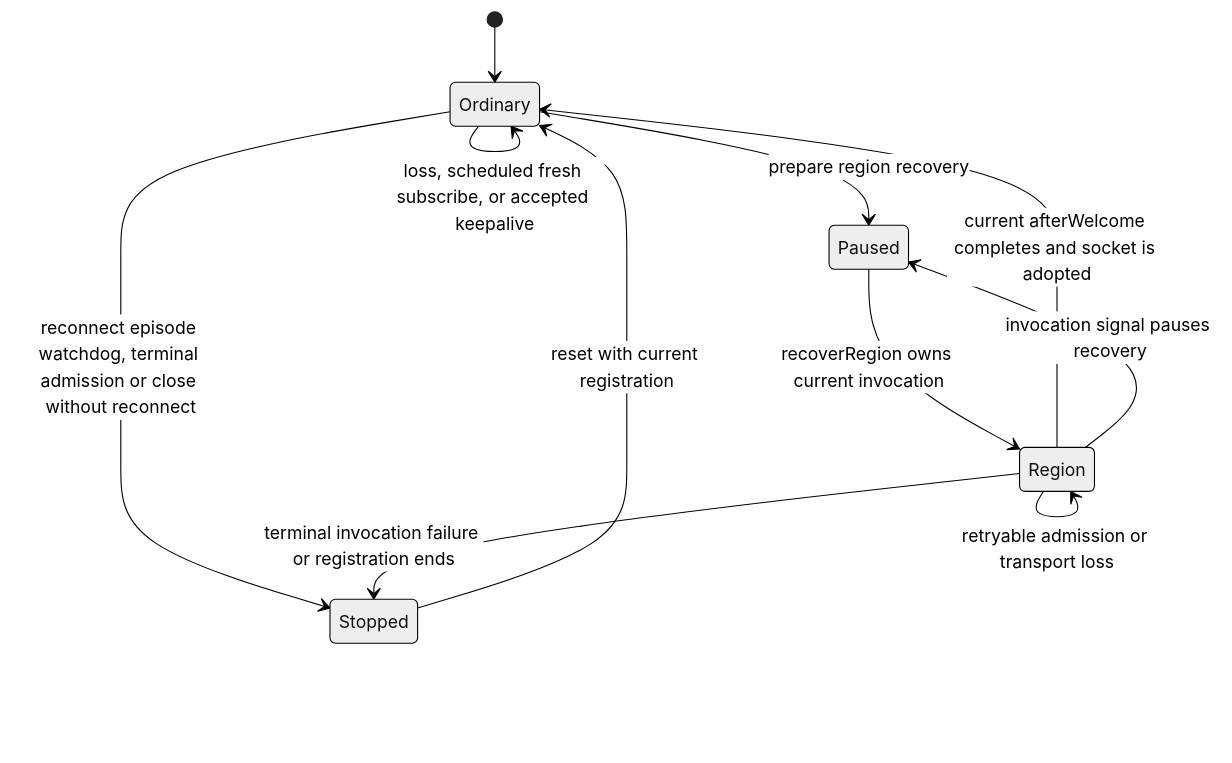
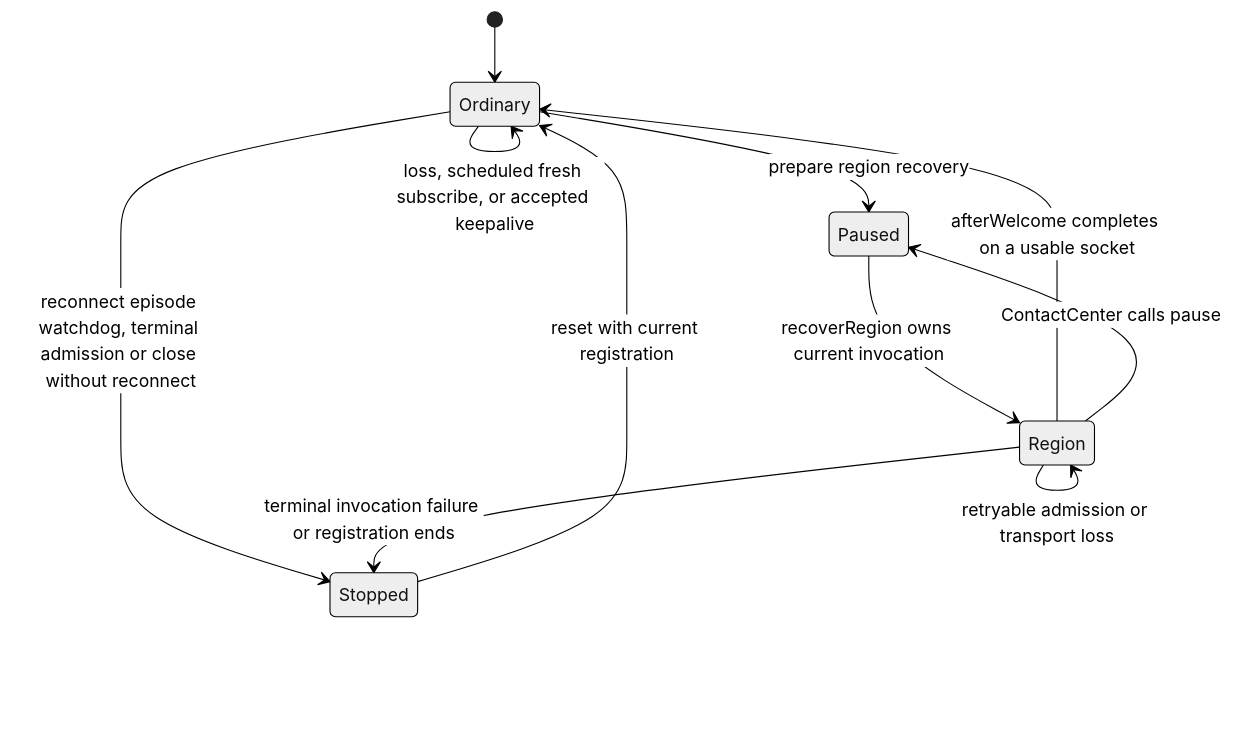
One commit to webex/webex-js-sdk changed the sixth of 7 diagrams in packages/@webex/contact-center/src/services/core/docs/README.md. Above: the diagram before and after it, drawn with Mermaid (neutral theme). The commit also changed other lines of this file and 11 other files, not shown here.

Commit message:
refactor(contact-center): simplify connection recovery lifecycle

````diff
--- a/packages/@webex/contact-center/src/services/core/docs/README.md
+++ b/packages/@webex/contact-center/src/services/core/docs/README.md
@@ -580,13 +581,13 @@
 ```mermaid
 stateDiagram-v2
   [*] --> Ordinary
   Ordinary --> Ordinary: loss, scheduled fresh subscribe, or accepted keepalive
   Ordinary --> Paused: prepare region recovery
   Paused --> Region: recoverRegion owns current invocation
   Region --> Region: retryable admission or transport loss
-  Region --> Ordinary: current afterWelcome completes and socket is adopted
-  Region --> Paused: invocation signal pauses recovery
+  Region --> Ordinary: afterWelcome completes on a usable socket
+  Region --> Paused: ContactCenter calls pause
   Ordinary --> Stopped: reconnect episode watchdog, terminal admission or close without reconnect
   Region --> Stopped: terminal invocation failure or registration ends
   Stopped --> Ordinary: reset with current registration
 ```
````
